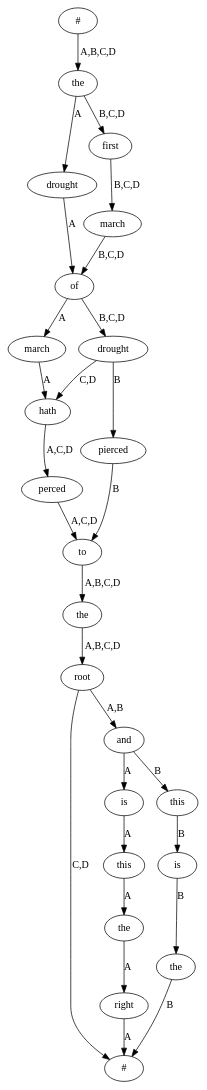
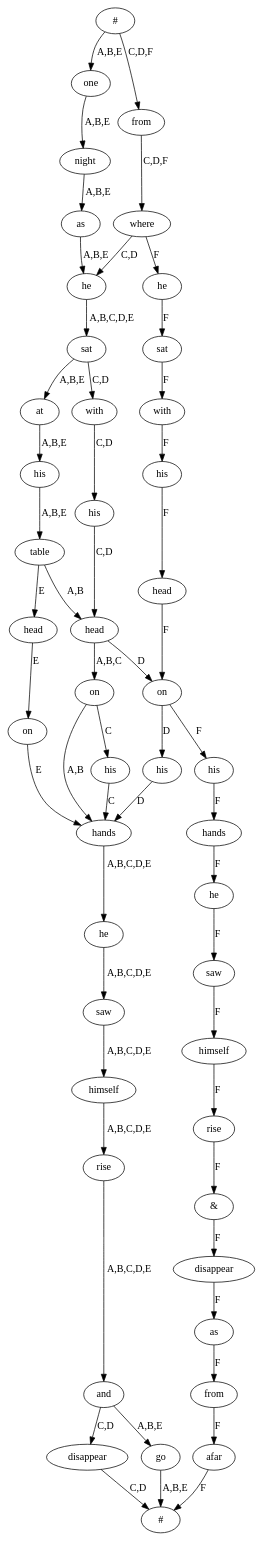
The diagram in collatex-web/src/main/ruby/input.dot (interedition/collatex), drawn with Graphviz before and after one commit. The commit also changed 1 other file, not shown here.

```diff
--- a/collatex-web/src/main/ruby/input.dot
+++ b/collatex-web/src/main/ruby/input.dot
@@ -1,52 +1,99 @@
 digraph G {
   1 [label = "#"];
   2 [label = "#"];
-  3 [label = "the"];
-  4 [label = "drought"];
-  5 [label = "of"];
-  6 [label = "march"];
-  7 [label = "hath"];
-  8 [label = "perced"];
-  9 [label = "to"];
-  10 [label = "the"];
-  11 [label = "root"];
-  12 [label = "and"];
-  13 [label = "is"];
-  14 [label = "this"];
-  15 [label = "the"];
-  16 [label = "right"];
-  17 [label = "first"];
-  18 [label = "march"];
-  19 [label = "drought"];
-  20 [label = "pierced"];
-  21 [label = "this"];
-  22 [label = "is"];
-  23 [label = "the"];
-  1 -> 3 [label = "A,B,C,D"];
-  3 -> 4 [label = "A"];
-  4 -> 5 [label = "A"];
-  5 -> 6 [label = "A"];
-  6 -> 7 [label = "A"];
-  7 -> 8 [label = "A,C,D"];
-  8 -> 9 [label = "A,C,D"];
-  9 -> 10 [label = "A,B,C,D"];
-  10 -> 11 [label = "A,B,C,D"];
-  11 -> 12 [label = "A,B"];
-  12 -> 13 [label = "A"];
-  13 -> 14 [label = "A"];
-  14 -> 15 [label = "A"];
-  15 -> 16 [label = "A"];
-  16 -> 2 [label = "A"];
-  3 -> 17 [label = "B,C,D"];
-  17 -> 18 [label = "B,C,D"];
-  18 -> 5 [label = "B,C,D"];
-  5 -> 19 [label = "B,C,D"];
-  19 -> 20 [label = "B"];
-  20 -> 9 [label = "B"];
-  12 -> 21 [label = "B"];
-  21 -> 22 [label = "B"];
-  22 -> 23 [label = "B"];
-  23 -> 2 [label = "B"];
-  19 -> 7 [label = "C,D"];
-  11 -> 2 [label = "C,D"];
+  3 [label = "one"];
+  4 [label = "night"];
+  5 [label = "as"];
+  6 [label = "he"];
+  7 [label = "sat"];
+  8 [label = "at"];
+  9 [label = "his"];
+  10 [label = "table"];
+  11 [label = "head"];
+  12 [label = "on"];
+  13 [label = "hands"];
+  14 [label = "he"];
+  15 [label = "saw"];
+  16 [label = "himself"];
+  17 [label = "rise"];
+  18 [label = "and"];
+  19 [label = "go"];
+  20 [label = "from"];
+  21 [label = "where"];
+  22 [label = "with"];
+  23 [label = "his"];
+  24 [label = "his"];
+  25 [label = "disappear"];
+  26 [label = "on"];
+  27 [label = "his"];
+  28 [label = "head"];
+  29 [label = "on"];
+  30 [label = "he"];
+  31 [label = "sat"];
+  32 [label = "with"];
+  33 [label = "his"];
+  34 [label = "head"];
+  35 [label = "his"];
+  36 [label = "hands"];
+  37 [label = "he"];
+  38 [label = "saw"];
+  39 [label = "himself"];
+  40 [label = "rise"];
+  41 [label = "&"];
+  42 [label = "disappear"];
+  43 [label = "as"];
+  44 [label = "from"];
+  45 [label = "afar"];
+  1 -> 3 [label = "A,B,E"];
+  3 -> 4 [label = "A,B,E"];
+  4 -> 5 [label = "A,B,E"];
+  5 -> 6 [label = "A,B,E"];
+  6 -> 7 [label = "A,B,C,D,E"];
+  7 -> 8 [label = "A,B,E"];
+  8 -> 9 [label = "A,B,E"];
+  9 -> 10 [label = "A,B,E"];
+  10 -> 11 [label = "A,B"];
+  11 -> 12 [label = "A,B,C"];
+  12 -> 13 [label = "A,B"];
+  13 -> 14 [label = "A,B,C,D,E"];
+  14 -> 15 [label = "A,B,C,D,E"];
+  15 -> 16 [label = "A,B,C,D,E"];
+  16 -> 17 [label = "A,B,C,D,E"];
+  17 -> 18 [label = "A,B,C,D,E"];
+  18 -> 19 [label = "A,B,E"];
+  19 -> 2 [label = "A,B,E"];
+  1 -> 20 [label = "C,D,F"];
+  20 -> 21 [label = "C,D,F"];
+  21 -> 6 [label = "C,D"];
+  7 -> 22 [label = "C,D"];
+  22 -> 23 [label = "C,D"];
+  23 -> 11 [label = "C,D"];
+  12 -> 24 [label = "C"];
+  24 -> 13 [label = "C"];
+  18 -> 25 [label = "C,D"];
+  25 -> 2 [label = "C,D"];
+  11 -> 26 [label = "D"];
+  26 -> 27 [label = "D"];
+  27 -> 13 [label = "D"];
+  10 -> 28 [label = "E"];
+  28 -> 29 [label = "E"];
+  29 -> 13 [label = "E"];
+  21 -> 30 [label = "F"];
+  30 -> 31 [label = "F"];
+  31 -> 32 [label = "F"];
+  32 -> 33 [label = "F"];
+  33 -> 34 [label = "F"];
+  34 -> 26 [label = "F"];
+  26 -> 35 [label = "F"];
+  35 -> 36 [label = "F"];
+  36 -> 37 [label = "F"];
+  37 -> 38 [label = "F"];
+  38 -> 39 [label = "F"];
+  39 -> 40 [label = "F"];
+  40 -> 41 [label = "F"];
+  41 -> 42 [label = "F"];
+  42 -> 43 [label = "F"];
+  43 -> 44 [label = "F"];
+  44 -> 45 [label = "F"];
+  45 -> 2 [label = "F"];
 }
```
